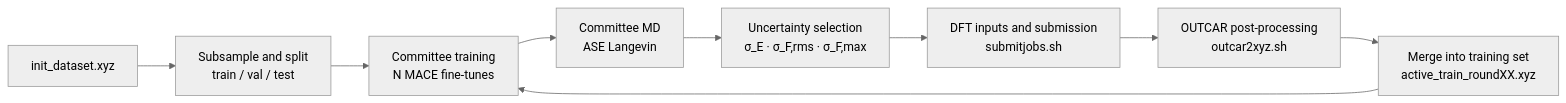
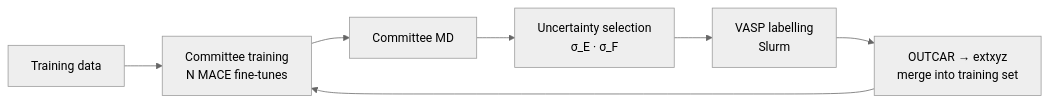
The diagram in README.md (qundaoXu/mlip_auto_flow), drawn with Mermaid (neutral theme) before and after one commit. The commit also changed other lines of this file and 3 other files, not shown here.

````diff
--- a/README.md
+++ b/README.md
@@ -148,11 +58,9 @@
 ```mermaid
 flowchart LR
-    A[init_dataset.xyz] --> B[Subsample and split<br/>train / val / test]
-    B --> C[Committee training<br/>N MACE fine-tunes]
-    C --> D[Committee MD<br/>ASE Langevin]
-    D --> E[Uncertainty selection<br/>σ_E · σ_F,rms · σ_F,max]
-    E --> F[DFT inputs and submission<br/>submitjobs.sh]
-    F --> G[OUTCAR post-processing<br/>outcar2xyz.sh]
-    G --> H[Merge into training set<br/>active_train_roundXX.xyz]
-    H --> C
+    A[Training data] --> B[Committee training<br/>N MACE fine-tunes]
+    B --> C[Committee MD]
+    C --> D[Uncertainty selection<br/>σ_E · σ_F]
+    D --> E[VASP labelling<br/>Slurm]
+    E --> F[OUTCAR → extxyz<br/>merge into training set]
+    F --> B
 ```
````
